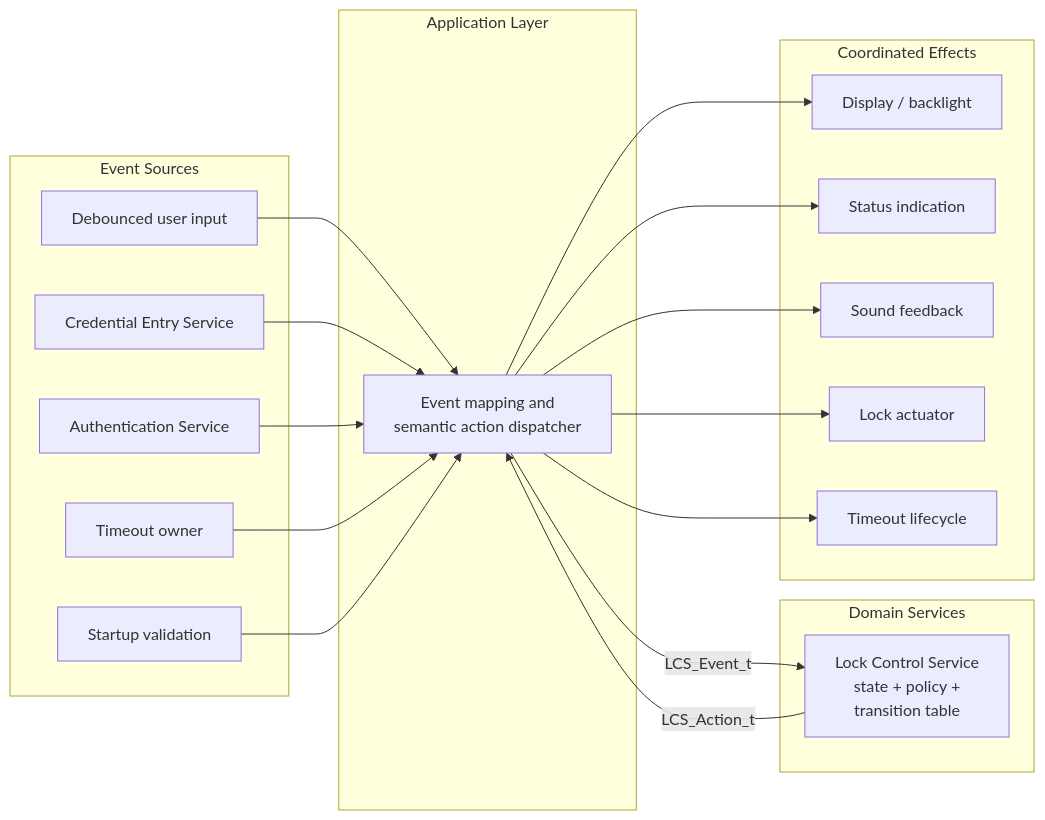
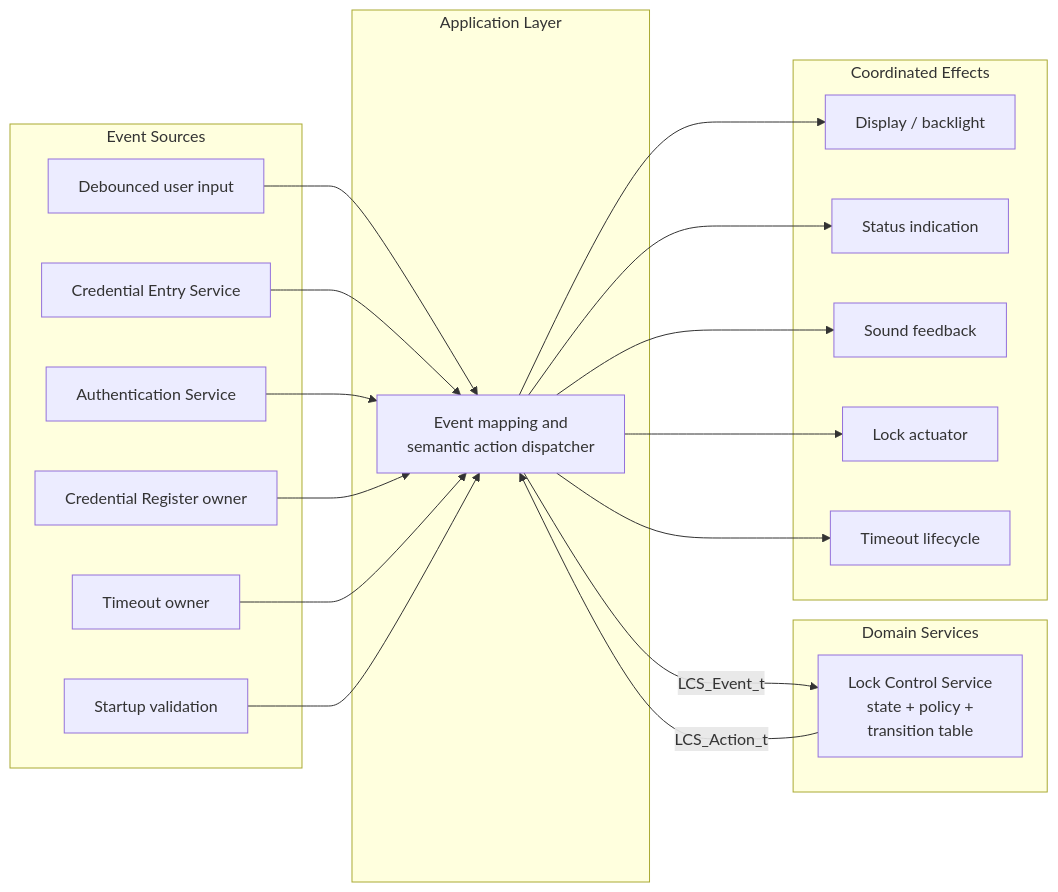
One commit to JP-REY/STM32F103C8T6-Based-Electronic-Lock changed the first of 5 diagrams in Libs/Services/Lock_Control/README.md. Above: the diagram before and after it, drawn with Mermaid. The commit also changed other lines of this file and 6 other files, not shown here.

First line of the commit message:
feature(lock-control): add credential register state and authorization flow

````diff
--- a/Libs/Services/Lock_Control/README.md
+++ b/Libs/Services/Lock_Control/README.md
@@ -140,39 +151,41 @@
 ```mermaid
 flowchart LR
     subgraph SOURCES["Event Sources"]
         INPUT["Debounced user input"]
         CES["Credential Entry Service"]
         AUTH["Authentication Service"]
+        REGISTER["Credential Register owner"]
         TIME["Timeout owner"]
         BOOT["Startup validation"]
     end
 
     subgraph DOMAIN["Domain Services"]
         LCS["Lock Control Service<br/>state + policy + <br/>transition table"]
     end
 
     subgraph APP["Application Layer"]
         DISPATCH["Event mapping and<br/>semantic action dispatcher"]
     end
 
     subgraph EFFECTS["Coordinated Effects"]
         DISPLAY["Display / backlight"]
         STATUS["Status indication"]
         SOUND["Sound feedback"]
         LOCK["Lock actuator"]
         TIMERS["Timeout lifecycle"]
     end
 
     INPUT --> DISPATCH
     CES --> DISPATCH
     AUTH --> DISPATCH
+    REGISTER --> DISPATCH
     TIME --> DISPATCH
     BOOT --> DISPATCH
     DISPATCH -->|"LCS_Event_t"| LCS
     LCS -->|"LCS_Action_t"| DISPATCH
     DISPATCH --> DISPLAY
     DISPATCH --> STATUS
     DISPATCH --> SOUND
     DISPATCH --> LOCK
     DISPATCH --> TIMERS
 ```
````
